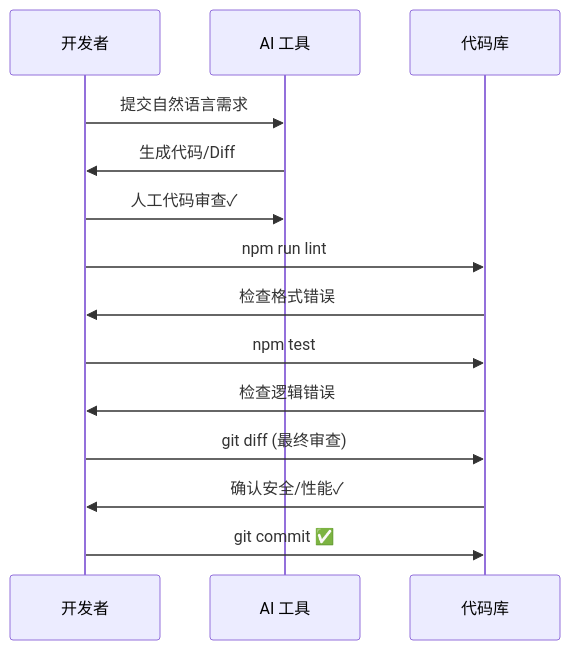
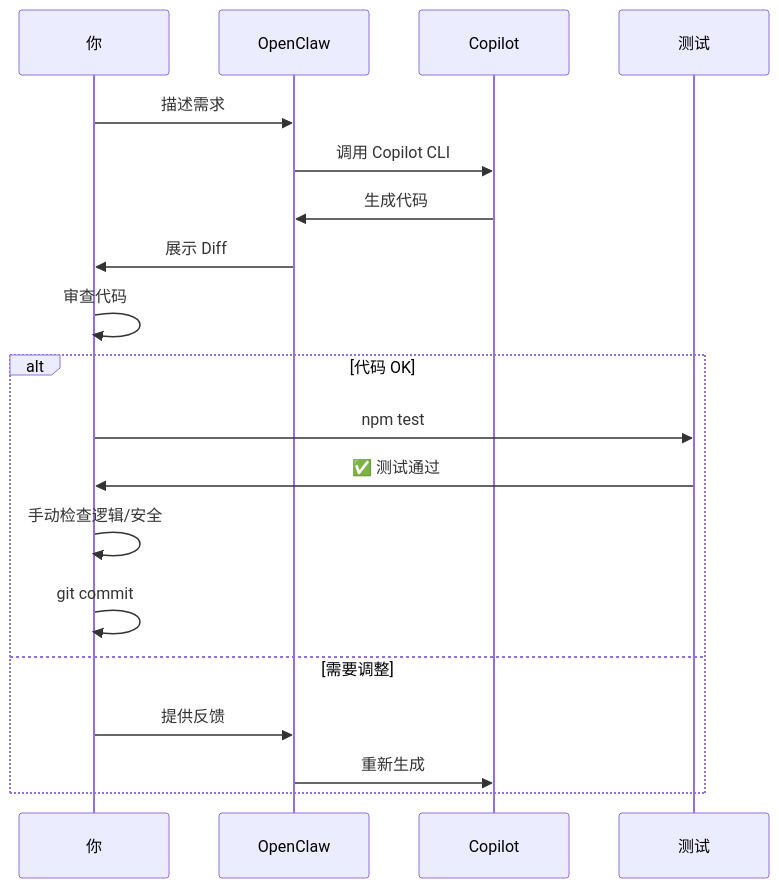
The fifth of 6 diagrams in content/posts/openclaw-copilot-automation.md (shawndenggh/shawndeng.tech), drawn with Mermaid before and after one commit. The commit also changed other lines of this file, not shown here.

Commit message:
refactor: rewrite article - focus on using OpenClaw to orchestrate Copilot for batch code generation

````diff
--- a/content/posts/openclaw-copilot-automation.md
+++ b/content/posts/openclaw-copilot-automation.md
@@ -656,17 +683,22 @@
 ```mermaid
 sequenceDiagram
-    participant You as 开发者
-    participant AI as AI 工具
-    participant Code as 代码库
+    participant You as 你
+    participant OpenClaw
+    participant Copilot
+    participant Tests as 测试
     
-    You->>AI: 提交自然语言需求
-    AI->>You: 生成代码/Diff
-    You->>AI: 人工代码审查✓
-    You->>Code: npm run lint
-    Code->>You: 检查格式错误
-    You->>Code: npm test
-    Code->>You: 检查逻辑错误
-    You->>Code: git diff (最终审查)
-    Code->>You: 确认安全/性能✓
-    You->>Code: git commit ✅
+    You->>OpenClaw: 描述需求
+    OpenClaw->>Copilot: 调用 Copilot CLI
+    Copilot->>OpenClaw: 生成代码
+    OpenClaw->>You: 展示 Diff
+    You->>You: 审查代码
+    alt 代码 OK
+        You->>Tests: npm test
+        Tests->>You: ✅ 测试通过
+        You->>You: 手动检查逻辑/安全
+        You->>You: git commit
+    else 需要调整
+        You->>OpenClaw: 提供反馈
+        OpenClaw->>Copilot: 重新生成
+    end
 ```
````
